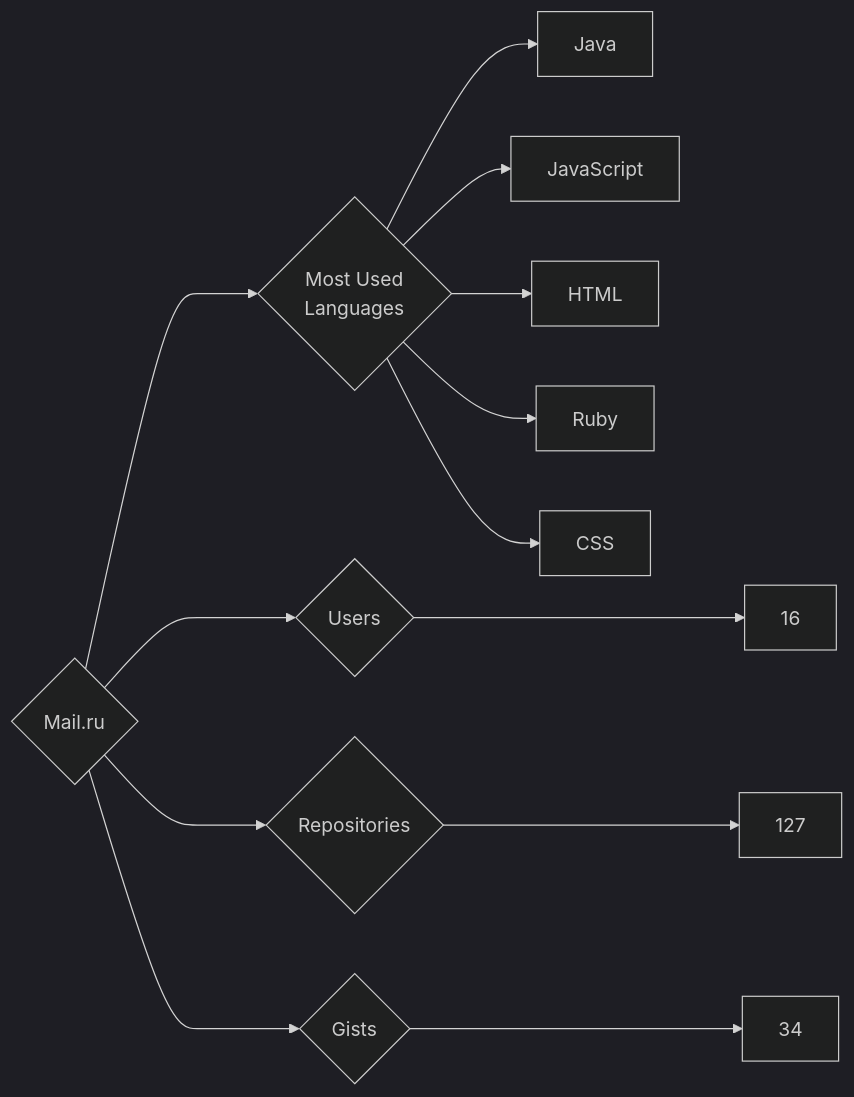
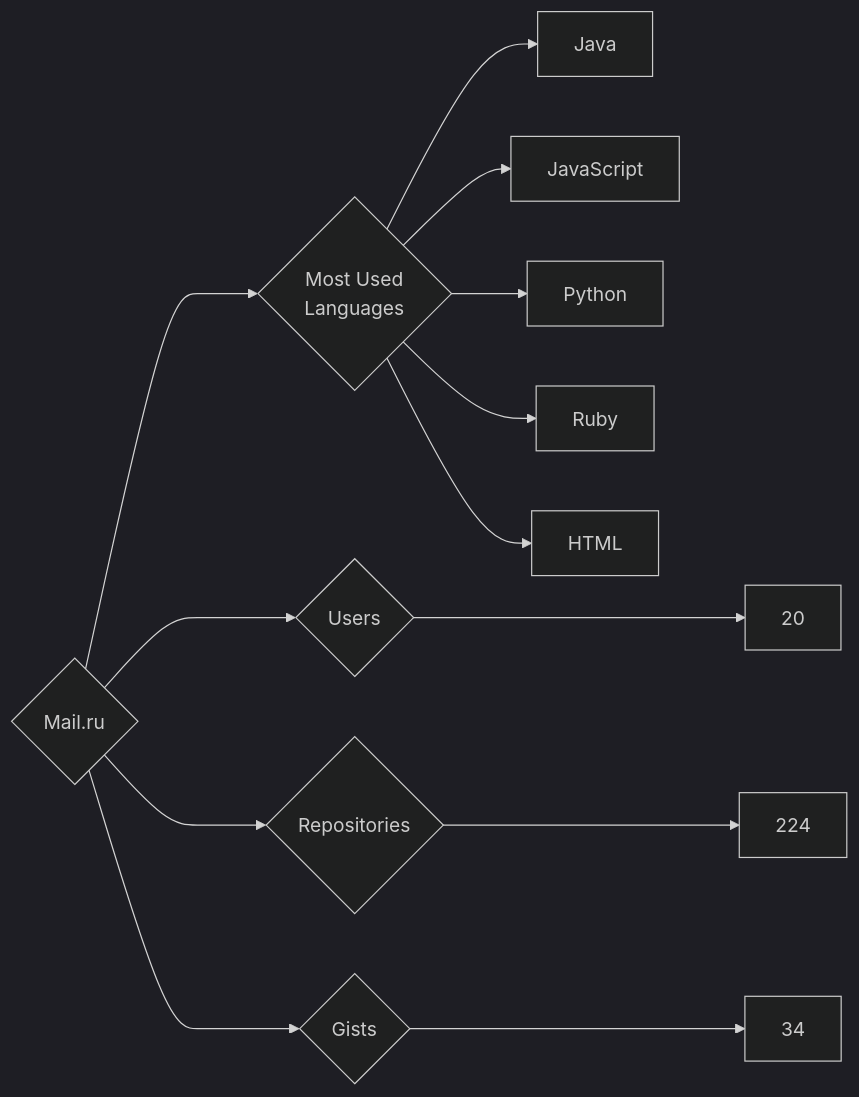
Before and after one commit to trickest/insiders: the diagram in targets/Mail.ru/README.md, drawn with Mermaid (dark theme). The commit also changed 782 other files, not shown here.

````diff
--- a/targets/Mail.ru/README.md
+++ b/targets/Mail.ru/README.md
@@ -3,13 +3,13 @@
 ```mermaid
 graph LR
 COMPANY_NAME{Mail.ru}
-COMPANY_NAME ---> U{Users} ---> UN[16]
-COMPANY_NAME ---> R{Repositories} ---> RN[127]
+COMPANY_NAME ---> U{Users} ---> UN[20]
+COMPANY_NAME ---> R{Repositories} ---> RN[224]
 COMPANY_NAME ---> G{Gists} ---> GN[34]
 COMPANY_NAME ---> ML{Most Used<br>Languages}
 ML --> Java[Java]
 ML --> JavaScript[JavaScript]
+ML --> Python[Python]
+ML --> Ruby[Ruby]
 ML --> HTML[HTML]
-ML --> Ruby[Ruby]
-ML --> CSS[CSS]
 ```
````
